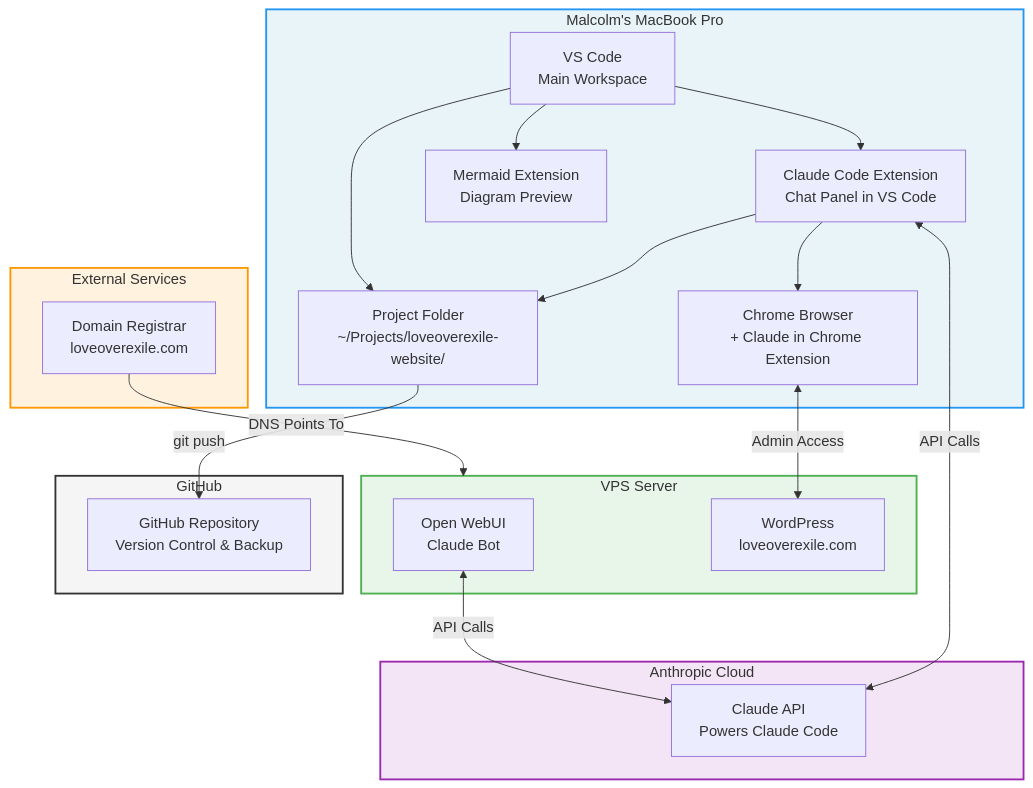
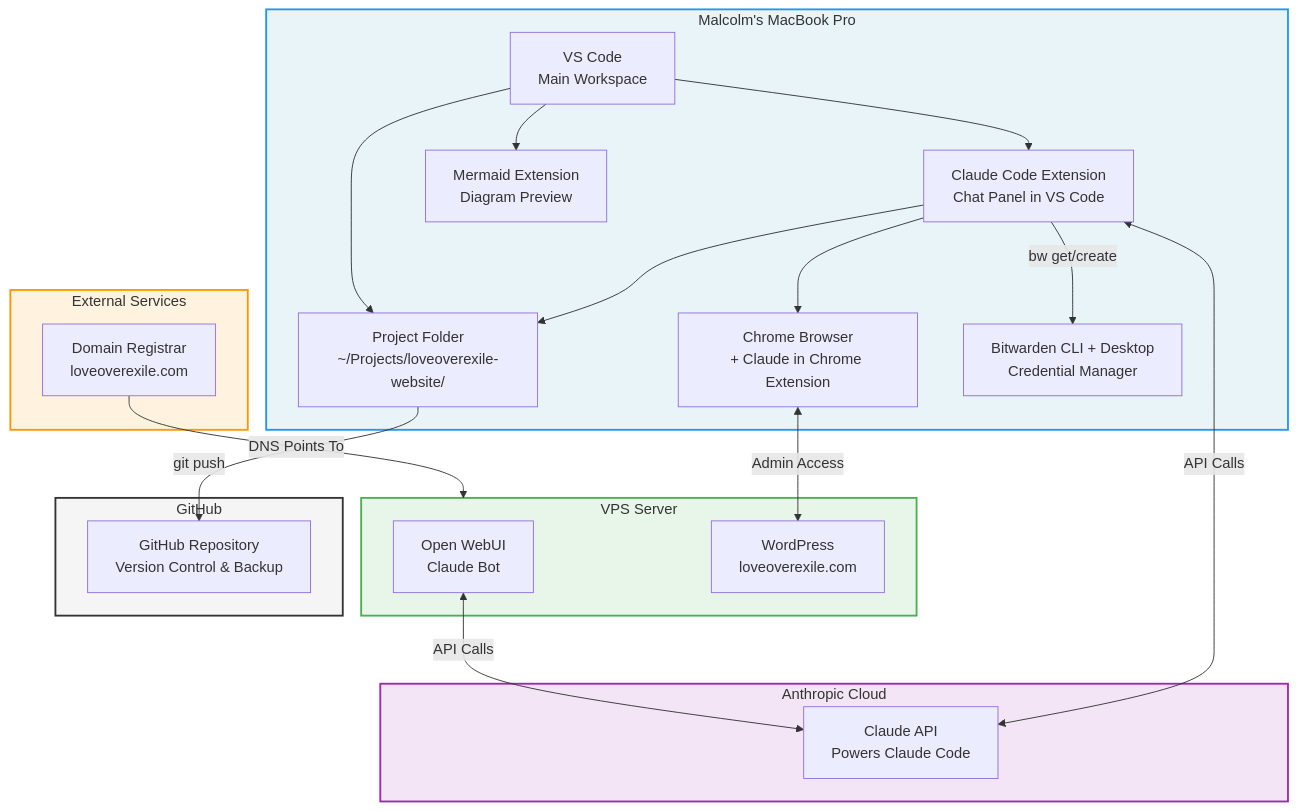
The diagram in docs/architecture.md (MrSmithNL/loveoverexile-website), drawn with Mermaid before and after one commit. The commit also changed other lines of this file and 4 other files, not shown here.

First line of the commit message:
Set up Bitwarden credential vault and fix PATH duplicate

````diff
--- a/docs/architecture.md
+++ b/docs/architecture.md
@@ -11,45 +11,47 @@
 ```mermaid
 graph TD
     subgraph LOCAL["Malcolm's MacBook Pro"]
         VSCODE[VS Code<br/>Main Workspace]
         CCEXT[Claude Code Extension<br/>Chat Panel in VS Code]
         MERMAID[Mermaid Extension<br/>Diagram Preview]
         PROJ[Project Folder<br/>~/Projects/loveoverexile-website/]
         BROWSER[Chrome Browser<br/>+ Claude in Chrome Extension]
+        BW[Bitwarden CLI + Desktop<br/>Credential Manager]
 
         VSCODE --> CCEXT
         VSCODE --> MERMAID
         CCEXT --> PROJ
         VSCODE --> PROJ
         CCEXT --> BROWSER
+        CCEXT -->|bw get/create| BW
     end
 
     subgraph ANTHROPIC["Anthropic Cloud"]
         API[Claude API<br/>Powers Claude Code]
     end
 
     subgraph VPS["VPS Server"]
         OWUI[Open WebUI<br/>Claude Bot]
         WP[WordPress<br/>loveoverexile.com]
     end
 
     subgraph GITHUB["GitHub"]
         GH[GitHub Repository<br/>Version Control & Backup]
     end
 
     subgraph EXTERNAL["External Services"]
         DOMAIN[Domain Registrar<br/>loveoverexile.com]
     end
 
     CCEXT <-->|API Calls| API
     BROWSER <-->|Admin Access| WP
     DOMAIN -->|DNS Points To| VPS
     OWUI <-->|API Calls| API
     PROJ -->|git push| GH
 
     style LOCAL fill:#e8f4f8,stroke:#2196F3,stroke-width:2px
     style ANTHROPIC fill:#f3e5f5,stroke:#9C27B0,stroke-width:2px
     style VPS fill:#e8f5e9,stroke:#4CAF50,stroke-width:2px
     style EXTERNAL fill:#fff3e0,stroke:#FF9800,stroke-width:2px
     style GITHUB fill:#f5f5f5,stroke:#333,stroke-width:2px
 ```
````
